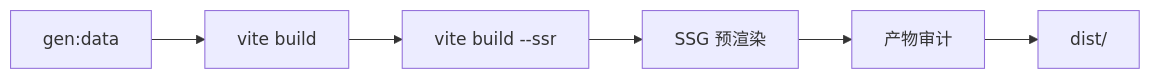
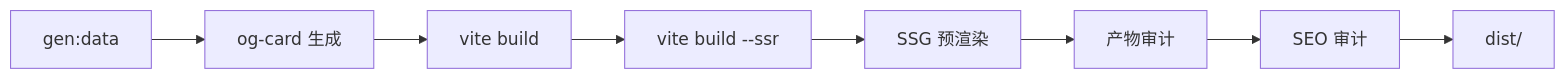
The diagram in README.md (ououduck/D-blog), drawn with Mermaid before and after one commit. The commit also changed other lines of this file and 27 other files, not shown here.

````diff
--- a/README.md
+++ b/README.md
@@ -61,8 +62,10 @@
 ```mermaid
 graph LR
-  A[gen:data] --> B[vite build]
-  B --> C[vite build --ssr]
-  C --> D[SSG 预渲染]
-  D --> E[产物审计]
-  E --> F[dist/]
+  A[gen:data] --> B[og-card 生成]
+  B --> C[vite build]
+  C --> D[vite build --ssr]
+  D --> E[SSG 预渲染]
+  E --> F[产物审计]
+  F --> G[SEO 审计]
+  G --> H[dist/]
 ```
````
